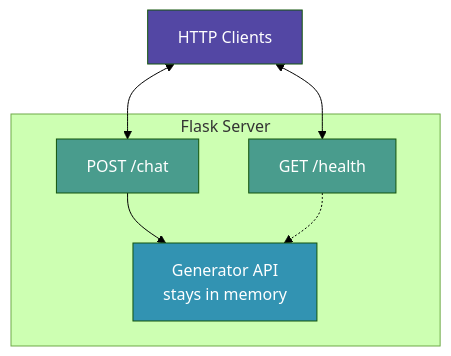
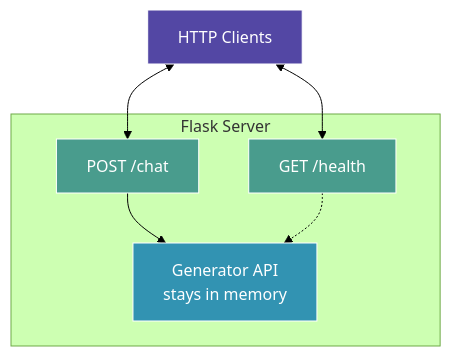
Before and after one commit to tenstorrent/tt-vscode-toolkit: the diagram in content/lessons/api-server.md, drawn with Mermaid (forest theme). The commit also changed other lines of this file and 12 other files, not shown here.

Commit message:
mermaid and markdown fixes

````diff
--- a/content/lessons/api-server.md
+++ b/content/lessons/api-server.md
@@ -42,21 +42,21 @@
 ```mermaid
 graph TB
     Clients[HTTP Clients]
 
     subgraph Flask["Flask Server"]
         Generator[Generator API<br/>stays in memory]
         Chat[POST /chat]
         Health[GET /health]
 
         Chat --> Generator
         Health -.-> Generator
     end
 
     Clients <--> Chat
     Clients <--> Health
 
-    style Clients fill:#5347a4,color:#fff
-    style Generator fill:#3293b2,color:#fff
-    style Chat fill:#499c8d,color:#fff
-    style Health fill:#499c8d,color:#fff
+    style Clients fill:#5347a4,stroke:#fff,color:#fff
+    style Generator fill:#3293b2,stroke:#fff,color:#fff
+    style Chat fill:#499c8d,stroke:#fff,color:#fff
+    style Health fill:#499c8d,stroke:#fff,color:#fff
 ```
````
